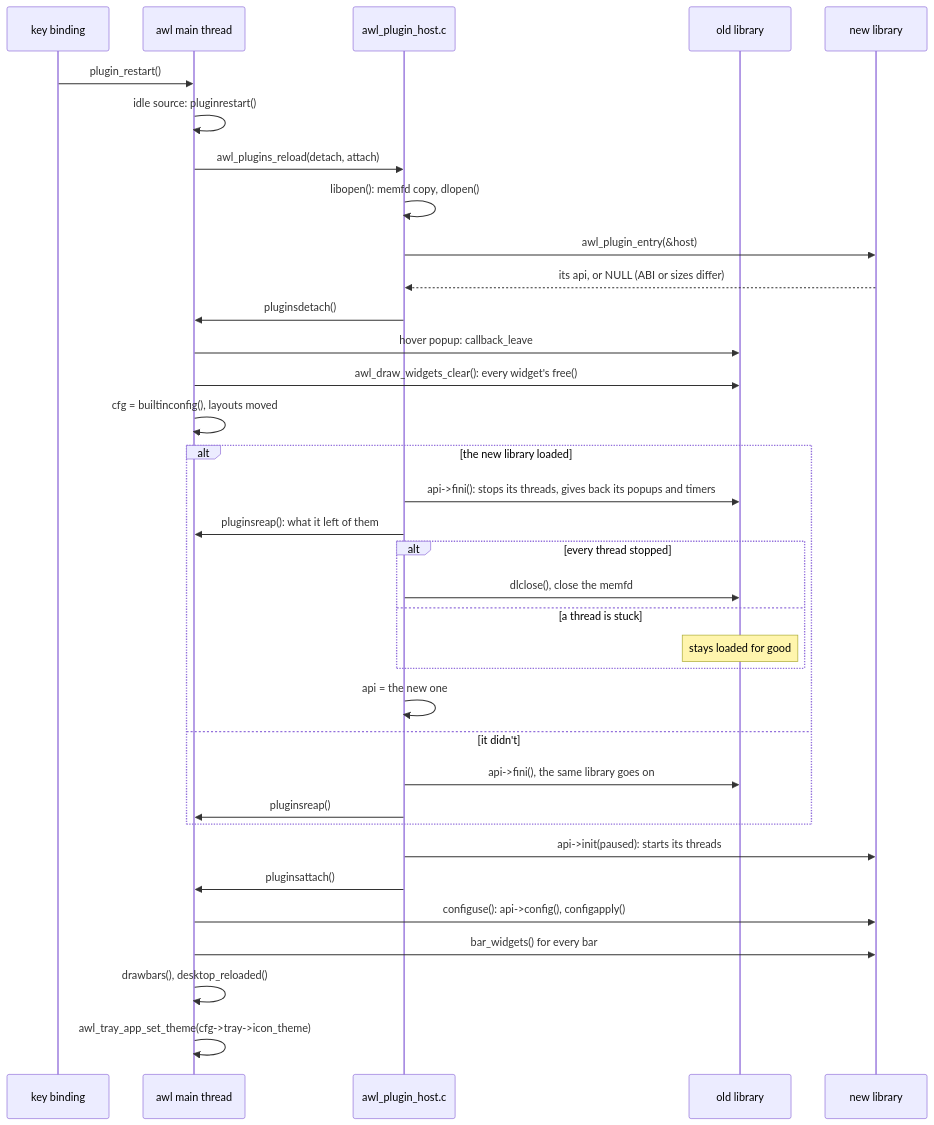
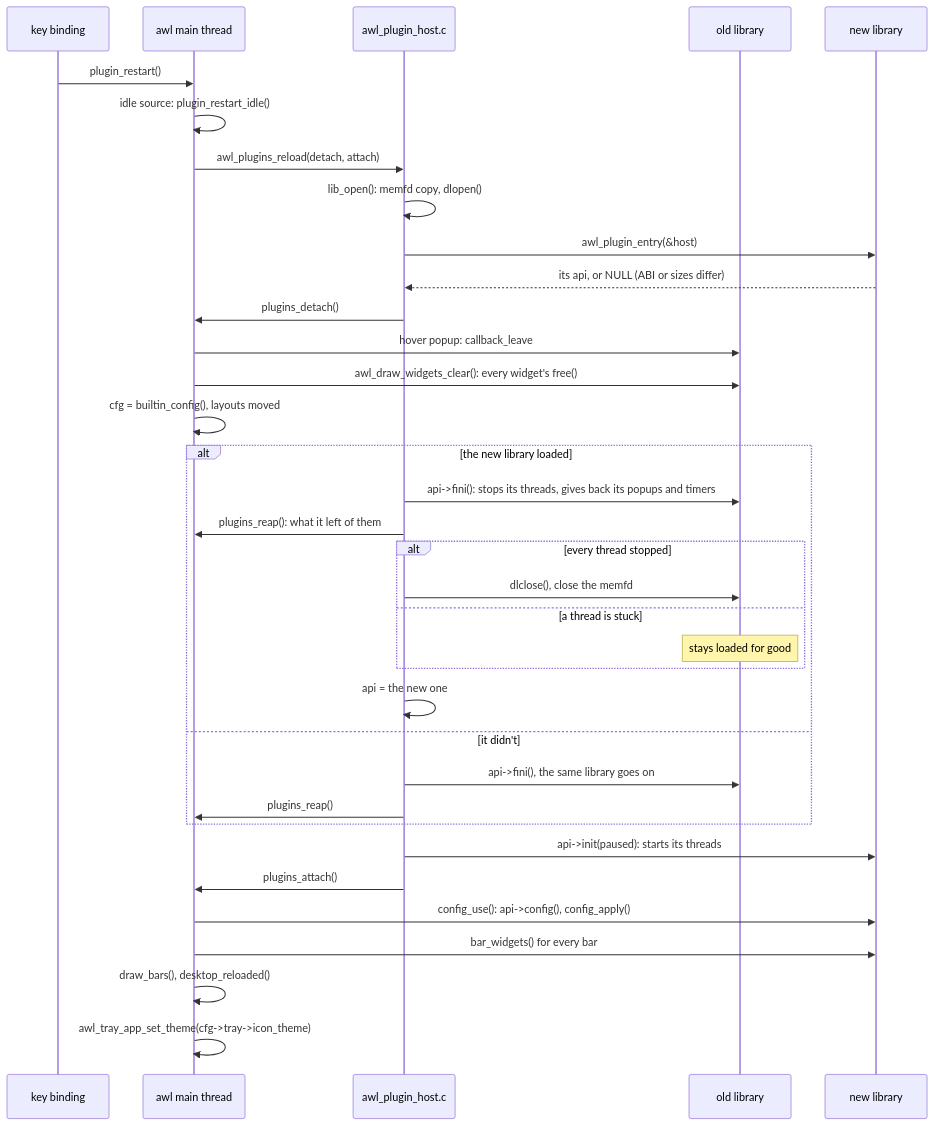
Before and after one commit to alcubierre-drive/awl: the first of 3 diagrams in doc/reload.rst, drawn with Mermaid. The commit also changed other lines of this file and 132 other files, not shown here.

```diff
--- a/doc/reload.rst
+++ b/doc/reload.rst
@@ -73,37 +73,37 @@
 .. mermaid::
 
    sequenceDiagram
      participant K as key binding
      participant D as awl main thread
      participant H as awl_plugin_host.c
      participant O as old library
      participant N as new library
      K->>D: plugin_restart()
-     D->>D: idle source: pluginrestart()
+     D->>D: idle source: plugin_restart_idle()
      D->>H: awl_plugins_reload(detach, attach)
-     H->>H: libopen(): memfd copy, dlopen()
+     H->>H: lib_open(): memfd copy, dlopen()
      H->>N: awl_plugin_entry(&host)
      N-->>H: its api, or NULL (ABI or sizes differ)
-     H->>D: pluginsdetach()
+     H->>D: plugins_detach()
      D->>O: hover popup: callback_leave
      D->>O: awl_draw_widgets_clear(): every widget's free()
-     D->>D: cfg = builtinconfig(), layouts moved
+     D->>D: cfg = builtin_config(), layouts moved
      alt the new library loaded
        H->>O: api->fini(): stops its threads, gives back its popups and timers
-       H->>D: pluginsreap(): what it left of them
+       H->>D: plugins_reap(): what it left of them
        alt every thread stopped
          H->>O: dlclose(), close the memfd
        else a thread is stuck
          Note over O: stays loaded for good
        end
        H->>H: api = the new one
      else it didn't
        H->>O: api->fini(), the same library goes on
-       H->>D: pluginsreap()
+       H->>D: plugins_reap()
      end
      H->>N: api->init(paused): starts its threads
-     H->>D: pluginsattach()
-     D->>N: configuse(): api->config(), configapply()
+     H->>D: plugins_attach()
+     D->>N: config_use(): api->config(), config_apply()
      D->>N: bar_widgets() for every bar
-     D->>D: drawbars(), desktop_reloaded()
+     D->>D: draw_bars(), desktop_reloaded()
      D->>D: awl_tray_app_set_theme(cfg->tray->icon_theme)
```
